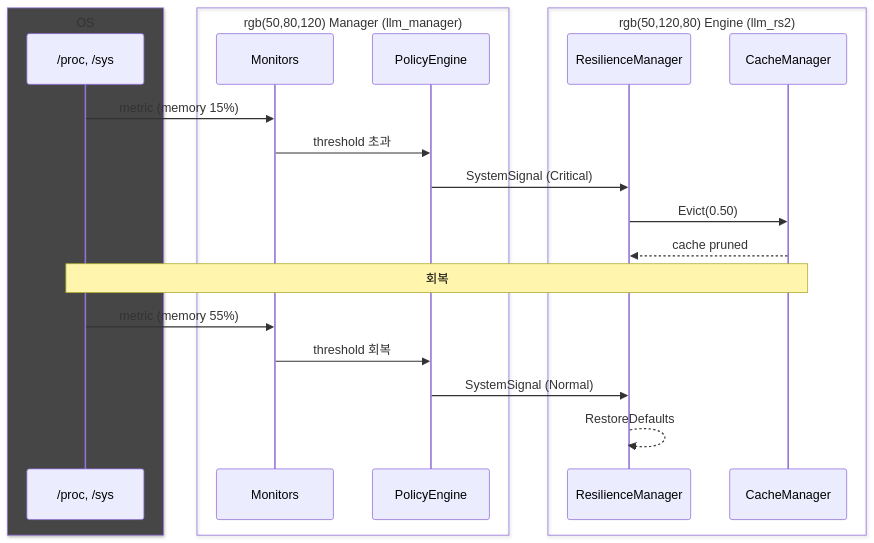
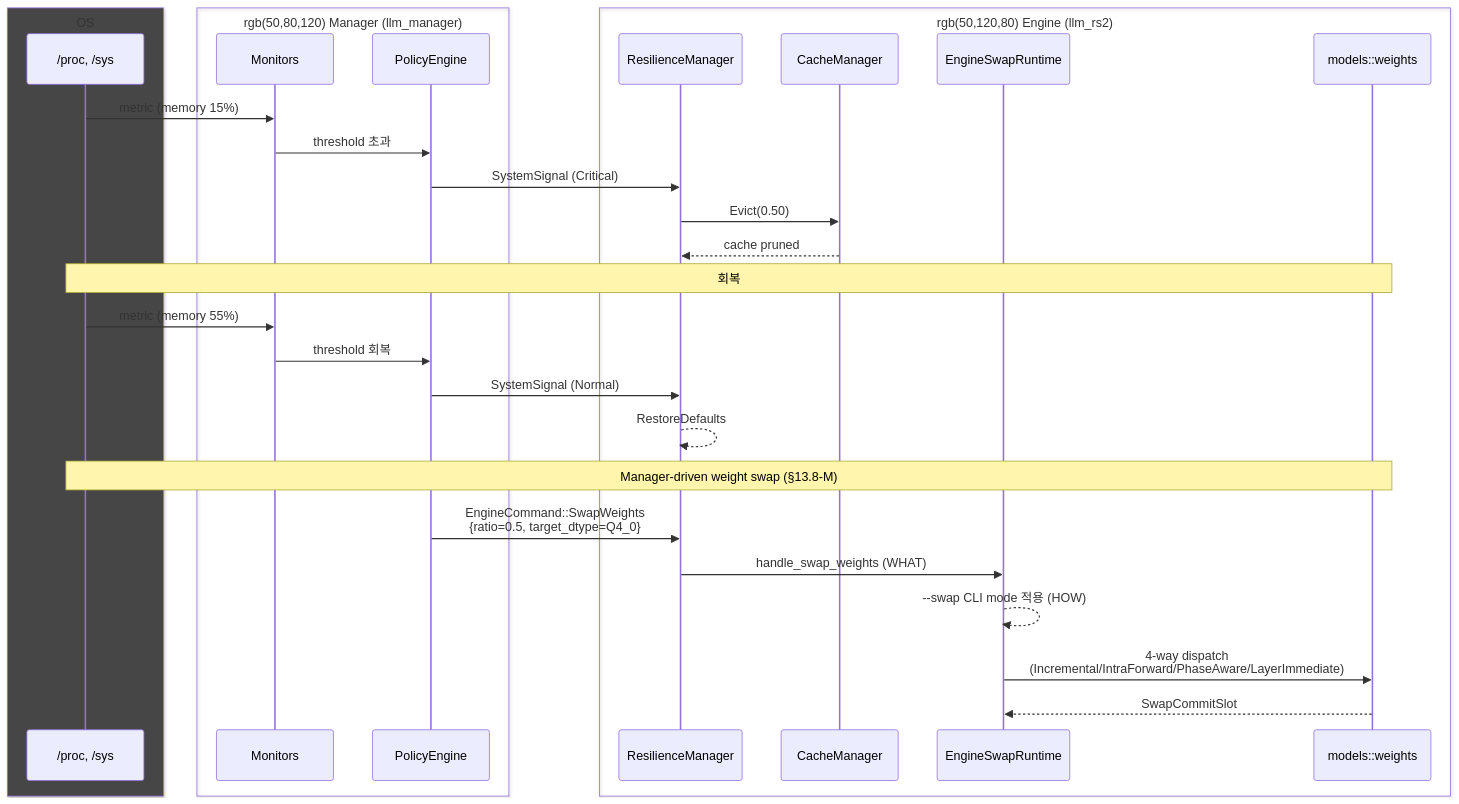
The second of 8 diagrams in ARCHITECTURE.md (hedone21/llm_rs2), drawn with Mermaid before and after one commit. The commit also changed other lines of this file, not shown here.

First line of the commit message:
docs(arch): 컴포넌트 다이어그램 갱신 — EngineSwapRuntime / WeightSwapEvent / sub-module emit 흐름 반영

````diff
--- a/ARCHITECTURE.md
+++ b/ARCHITECTURE.md
@@ -83,27 +83,37 @@
 ```mermaid
 sequenceDiagram
     box rgb(70,70,70) OS
         participant OS as /proc, /sys
     end
     box rgb(50,80,120) Manager (llm_manager)
         participant Mon as Monitors
         participant PE as PolicyEngine
     end
     box rgb(50,120,80) Engine (llm_rs2)
         participant Res as ResilienceManager
         participant CM as CacheManager
+        participant SwapRt as EngineSwapRuntime
+        participant WSwap as models::weights
     end
 
     OS->>Mon: metric (memory 15%)
     Mon->>PE: threshold 초과
     PE->>Res: SystemSignal (Critical)
     Res->>CM: Evict(0.50)
     CM-->>Res: cache pruned
 
-    Note over OS,CM: 회복
+    Note over OS,WSwap: 회복
 
     OS->>Mon: metric (memory 55%)
     Mon->>PE: threshold 회복
     PE->>Res: SystemSignal (Normal)
     Res-->>Res: RestoreDefaults
+
+    Note over OS,WSwap: Manager-driven weight swap (§13.8-M)
+
+    PE->>Res: EngineCommand::SwapWeights<br/>{ratio=0.5, target_dtype=Q4_0}
+    Res->>SwapRt: handle_swap_weights (WHAT)
+    SwapRt-->>SwapRt: --swap CLI mode 적용 (HOW)
+    SwapRt->>WSwap: 4-way dispatch<br/>(Incremental/IntraForward/PhaseAware/LayerImmediate)
+    WSwap-->>SwapRt: SwapCommitSlot
 ```
````
